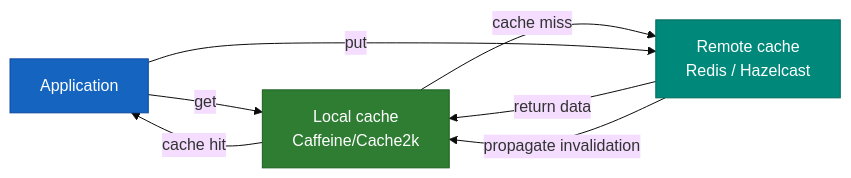
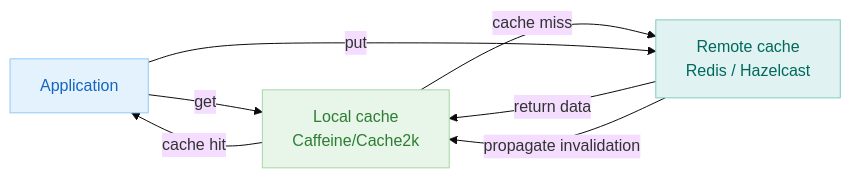
One commit to bluetape4k/bluetape4k-projects changed the third of 3 diagrams in infra/cache/README.md. Above: the diagram before and after it, drawn with Mermaid (base theme). The commit also changed other lines of this file and 219 other files, not shown here.

First line of the commit message:
docs: 전체 README Mermaid 다이어그램 가이드 적용

````diff
--- a/infra/cache/README.md
+++ b/infra/cache/README.md
@@ -215,17 +215,17 @@
 ```mermaid
 flowchart LR
     App[Application] -->|get| LocalCache[Local cache<br/>Caffeine/Cache2k]
     LocalCache -->|cache hit| App
     LocalCache -->|cache miss| RemoteCache[Remote cache<br/>Redis / Hazelcast]
     RemoteCache -->|return data| LocalCache
     App -->|put| RemoteCache
     RemoteCache -->|propagate invalidation| LocalCache
 
-    classDef appStyle fill:#1565C0,stroke:#0D47A1,color:#FFFFFF
-    classDef localStyle fill:#2E7D32,stroke:#1B5E20,color:#FFFFFF
-    classDef remoteStyle fill:#00897B,stroke:#00695C,color:#FFFFFF
+    classDef appStyle fill:#E3F2FD,stroke:#90CAF9,color:#1565C0
+    classDef localStyle fill:#E8F5E9,stroke:#A5D6A7,color:#2E7D32
+    classDef remoteStyle fill:#E0F2F1,stroke:#80CBC4,color:#00695C
 
-    style App fill:#1565C0,stroke:#0D47A1,color:#FFFFFF
-    style LocalCache fill:#2E7D32,stroke:#1B5E20,color:#FFFFFF
-    style RemoteCache fill:#00897B,stroke:#00695C,color:#FFFFFF
+    style App fill:#E3F2FD,stroke:#90CAF9,color:#1565C0
+    style LocalCache fill:#E8F5E9,stroke:#A5D6A7,color:#2E7D32
+    style RemoteCache fill:#E0F2F1,stroke:#80CBC4,color:#00695C
 ```
````
